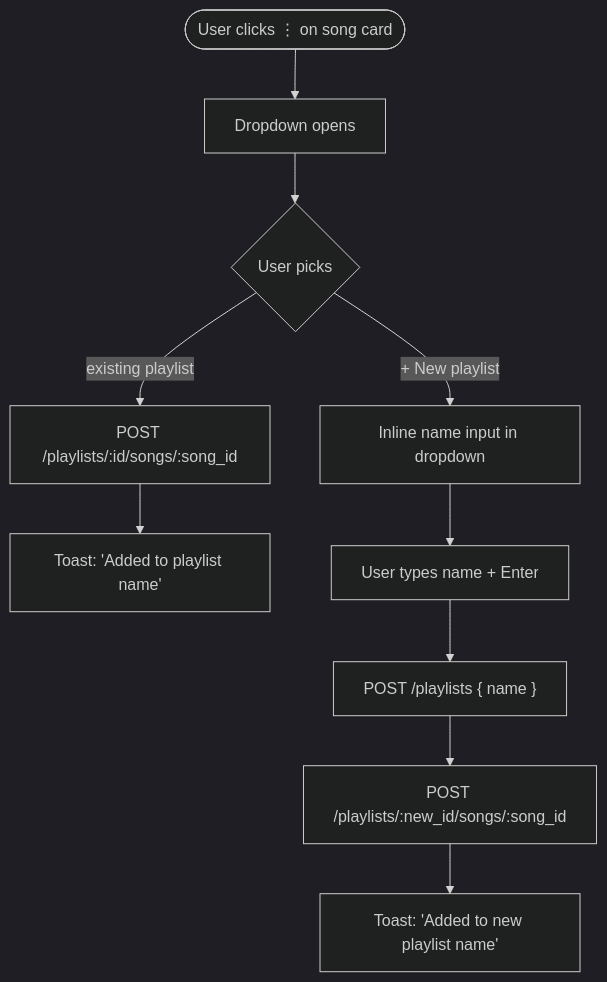
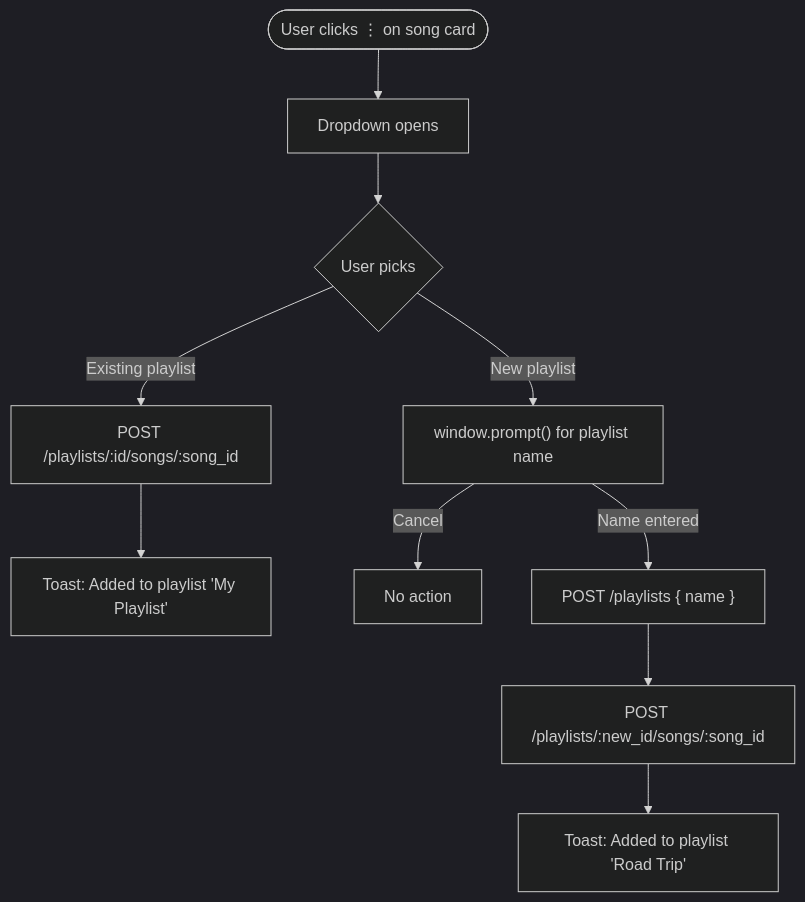
Before and after one commit to KarthikUdyawar/melo: diagram 12 of 15 in docs/USER-FLOW.md, drawn with Mermaid (dark theme). The commit also changed other lines of this file and 26 other files, not shown here.

````diff
--- a/docs/USER-FLOW.md
+++ b/docs/USER-FLOW.md
@@ -194,12 +204,14 @@
 ```mermaid
 flowchart TD
     A([User clicks ⋮ on song card]) --> B[Dropdown opens]
     B --> C{User picks}
-    C --existing playlist--> D["POST /playlists/:id/songs/:song_id"]
-    D --> E["Toast: 'Added to playlist name'"]
-    C --+ New playlist--> F[Inline name input in dropdown]
-    F --> G[User types name + Enter]
-    G --> H["POST /playlists { name }"]
+
+    C -- Existing playlist --> D["POST /playlists/:id/songs/:song_id"]
+    D --> E["Toast: Added to playlist 'My Playlist'"]
+
+    C -- New playlist --> F["window.prompt() for playlist name"]
+    F -- Cancel --> G[No action]
+    F -- Name entered --> H["POST /playlists { name }"]
     H --> I["POST /playlists/:new_id/songs/:song_id"]
-    I --> J["Toast: 'Added to new playlist name'"]
+    I --> J["Toast: Added to playlist 'Road Trip'"]
 ```
````
